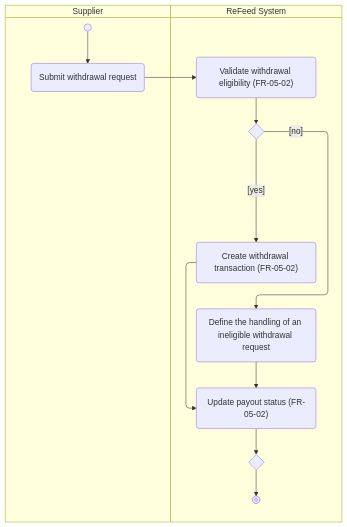
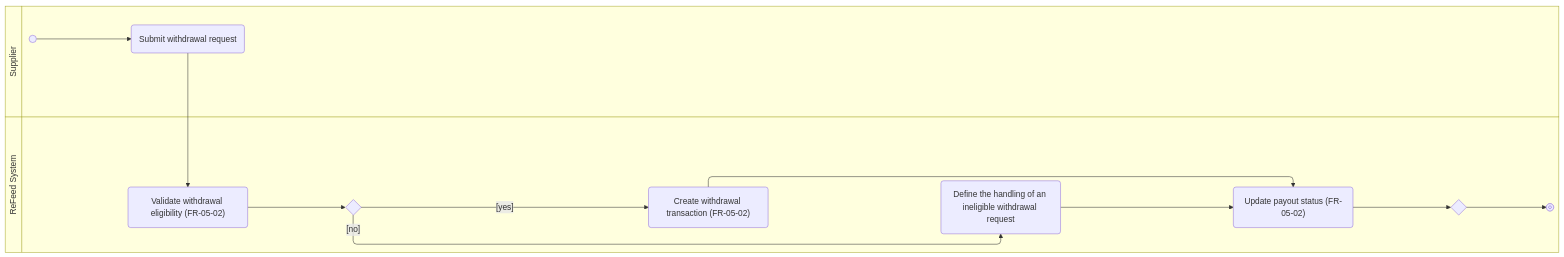
The diagram in docs/activity/AD-UC-13.md (thuyvicbh-alt/DBIZ2---GROUP-D), drawn with Mermaid before and after one commit. The commit also changed other lines of this file, not shown here.

````diff
--- a/docs/activity/AD-UC-13.md
+++ b/docs/activity/AD-UC-13.md
@@ -22,21 +22,21 @@
 ```mermaid
-swimlane-beta TB
+swimlane-beta LR
   subgraph ACT["Supplier"]
     start@{ shape: sm-circ }
     a1("Submit withdrawal request")
   end
   subgraph SYS["ReFeed System"]
     s1("Validate withdrawal eligibility (FR-05-02)")
     d1{" "}
     s2("Create withdrawal transaction (FR-05-02)")
     s3("Define the handling of an ineligible withdrawal request")
     s4("Update payout status (FR-05-02)")
     m1{" "}
     stop1@{ shape: fr-circ }
   end
   
   start --> a1 --> s1 --> d1
   d1 -->|"[yes]"| s2 --> s4
   d1 -->|"[no]"| s3 --> s4
   s4 --> m1 --> stop1
 ```
````
